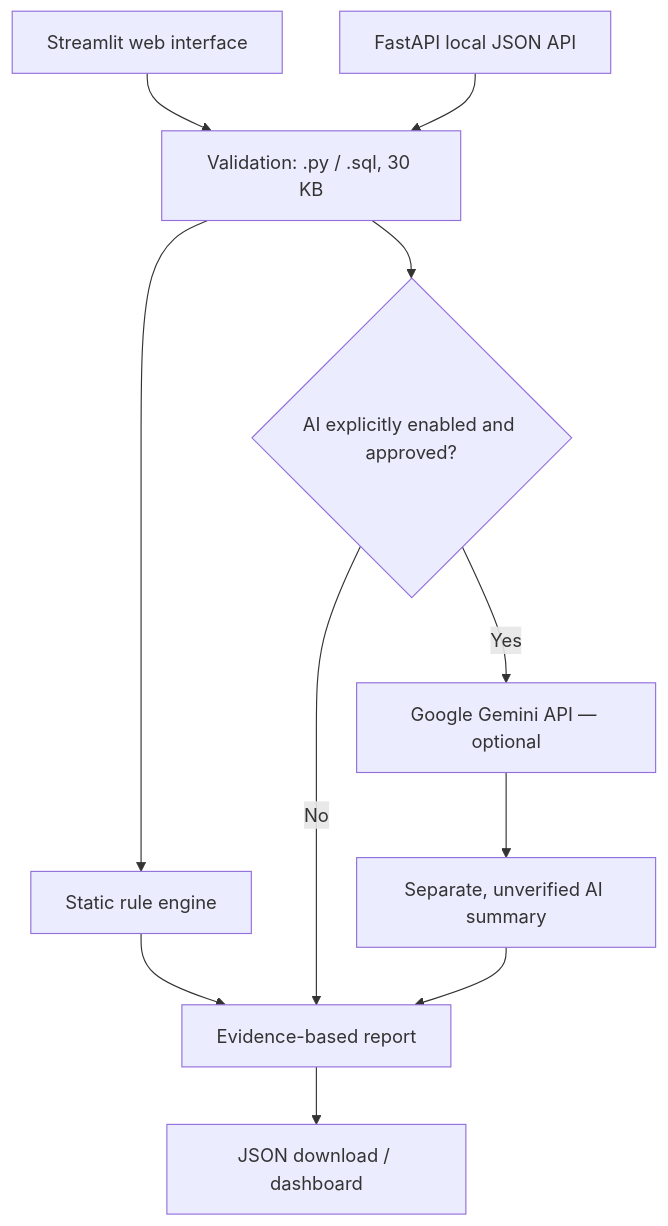
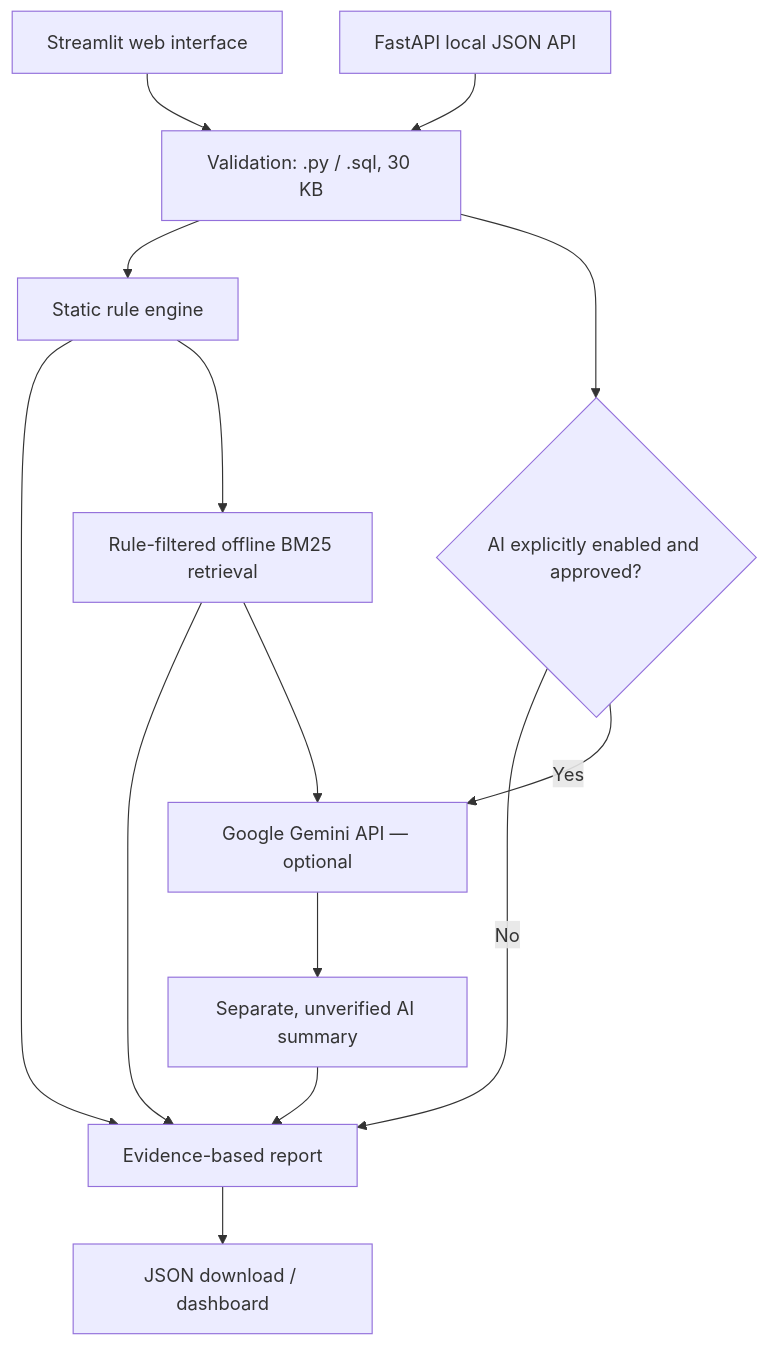
Before and after one commit to MariMecucci/guardai-sentinel: the diagram in README.md, drawn with Mermaid. The commit also changed other lines of this file, not shown here.

````diff
--- a/README.md
+++ b/README.md
@@ -31,13 +39,16 @@
 ```mermaid
 flowchart TD
     A[Streamlit web interface] --> B[Validation: .py / .sql, 30 KB]
     C[FastAPI local JSON API] --> B
     B --> D[Static rule engine]
     D --> E[Evidence-based report]
+    D --> R[Rule-filtered offline BM25 retrieval]
+    R --> E
     B --> F{AI explicitly enabled and approved?}
     F -- No --> E
     F -- Yes --> G[Google Gemini API — optional]
+    R --> G
     G --> H[Separate, unverified AI summary]
     H --> E
     E --> I[JSON download / dashboard]
 ```
````
